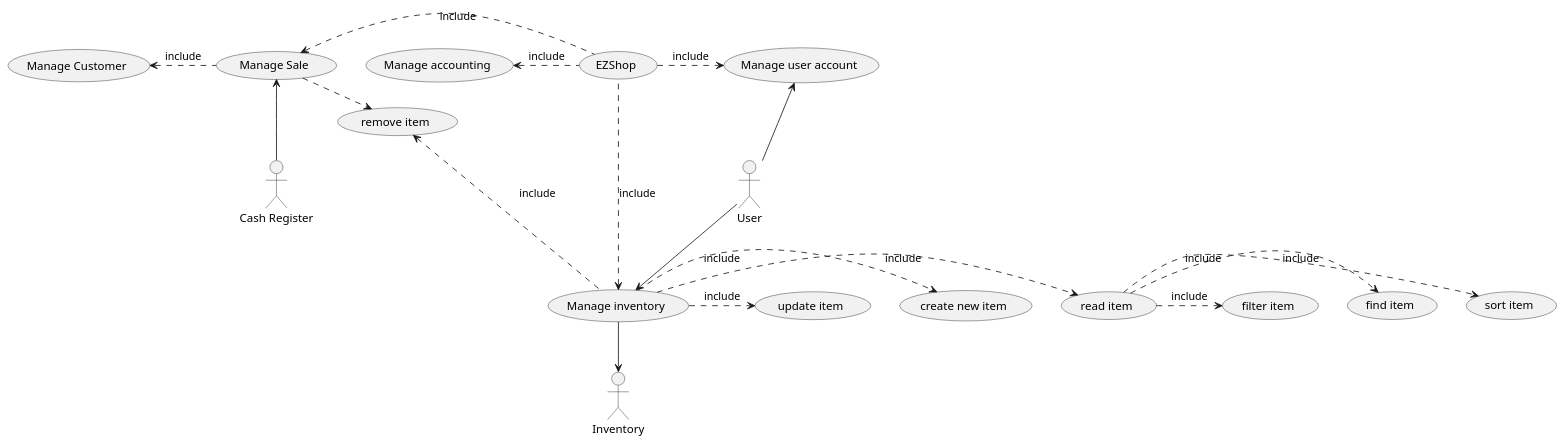
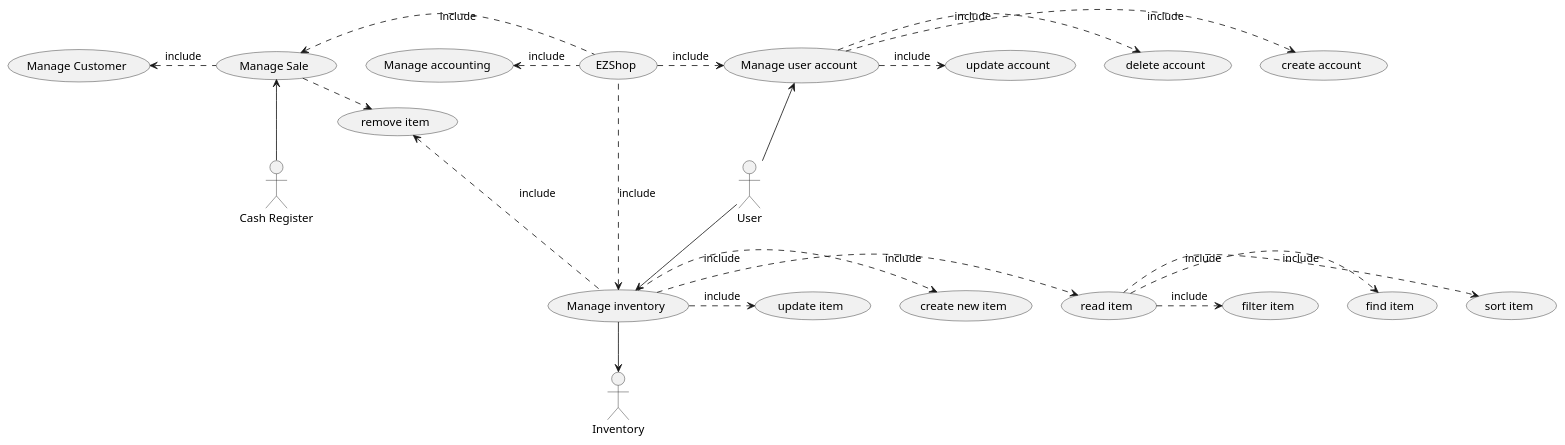
The second of 4 diagrams in Deliverables/RequirementsDocument.md (mspronesti/ezshop), drawn with PlantUML before and after one commit.

Commit message:
fix: add missing usecases in UCD

````diff
--- a/Deliverables/RequirementsDocument.md
+++ b/Deliverables/RequirementsDocument.md
@@ -176,34 +176,37 @@
 ```plantuml
 @startuml
 top to bottom direction
 
 actor :Cash Register: as cr
 actor :User: as u
 actor :Inventory: as i
 
 
 
 (EZShop) .> (Manage user account) :include
 (Manage user account) <-- u
 (Manage inventory) <. (EZShop) :include
 u --> (Manage inventory)
 (Manage accounting) <. (EZShop) :include
 (Manage Sale) <. (EZShop) :include
 (Manage Customer) <. (Manage Sale) :include
 (Manage Sale) <-- cr
 
 (Manage inventory) --> i
 (Manage inventory) .> (create new item) :include 
 (Manage inventory) .> (update item) :include 
 (Manage inventory) .> (read item) :include 
 
 (read item) .> (find item)  :include
 (read item) .> (filter item) :include 
 (read item) .> (sort item)  :include
 
 (remove item) <. (Manage inventory):include
 
 (Manage Sale) .> (remove item) :include
 
+(Manage user account) .> (create account) :include
+(Manage user account) .> (delete account) :include
+(Manage user account) .> (update account) :include
 @enduml
 ```
````
